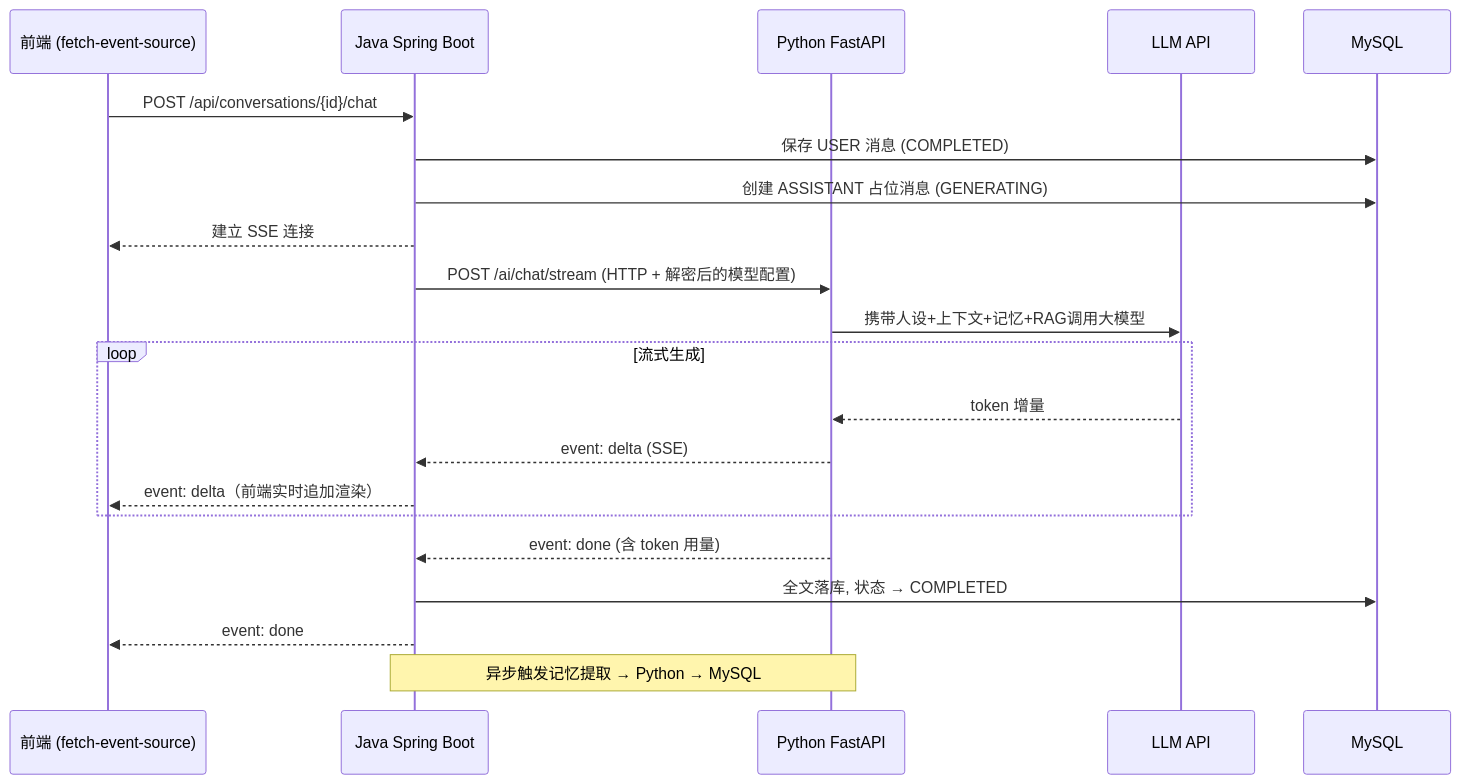
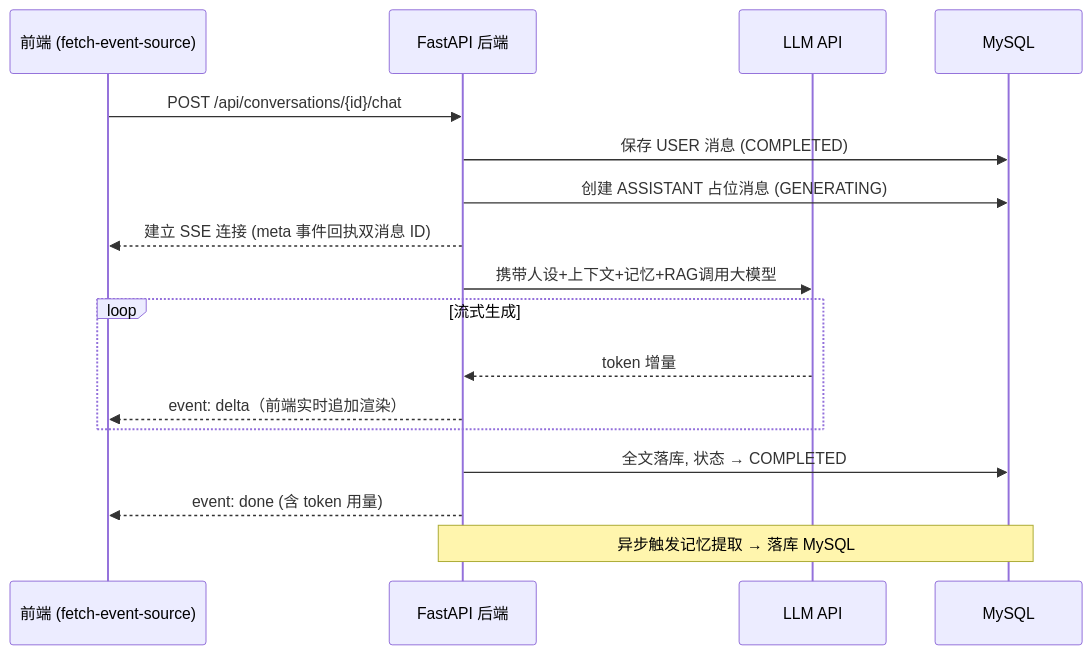
Before and after one commit to KONGBAI666666/xinyu: the second of 4 diagrams in README.md, drawn with Mermaid. The commit also changed other lines of this file and 227 other files, not shown here.

First line of the commit message:
refactor: 后端架构迁移为 Python FastAPI 单体, 移除 Java 与独立 AI 服务

````diff
--- a/README.md
+++ b/README.md
@@ -82,24 +80,20 @@
 ```mermaid
 sequenceDiagram
     participant U as 前端 (fetch-event-source)
-    participant J as Java Spring Boot
-    participant P as Python FastAPI
+    participant B as FastAPI 后端
     participant L as LLM API
     participant D as MySQL
 
-    U->>J: POST /api/conversations/{id}/chat
-    J->>D: 保存 USER 消息 (COMPLETED)
-    J->>D: 创建 ASSISTANT 占位消息 (GENERATING)
-    J-->>U: 建立 SSE 连接
-    J->>P: POST /ai/chat/stream (HTTP + 解密后的模型配置)
-    P->>L: 携带人设+上下文+记忆+RAG调用大模型
+    U->>B: POST /api/conversations/{id}/chat
+    B->>D: 保存 USER 消息 (COMPLETED)
+    B->>D: 创建 ASSISTANT 占位消息 (GENERATING)
+    B-->>U: 建立 SSE 连接 (meta 事件回执双消息 ID)
+    B->>L: 携带人设+上下文+记忆+RAG调用大模型
     loop 流式生成
-        L-->>P: token 增量
-        P-->>J: event: delta (SSE)
-        J-->>U: event: delta（前端实时追加渲染）
+        L-->>B: token 增量
+        B-->>U: event: delta（前端实时追加渲染）
     end
-    P-->>J: event: done (含 token 用量)
-    J->>D: 全文落库, 状态 → COMPLETED
-    J-->>U: event: done
-    Note over J,P: 异步触发记忆提取 → Python → MySQL
+    B->>D: 全文落库, 状态 → COMPLETED
+    B-->>U: event: done (含 token 用量)
+    Note over B,D: 异步触发记忆提取 → 落库 MySQL
 ```
````
